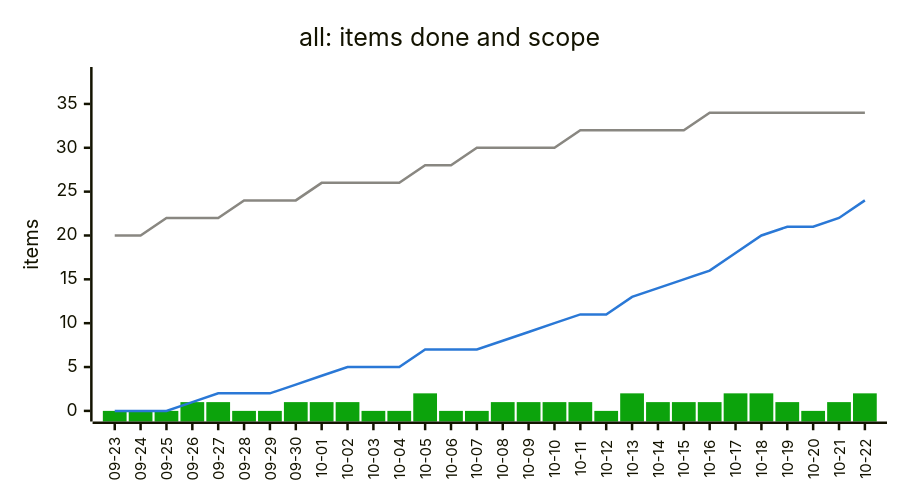
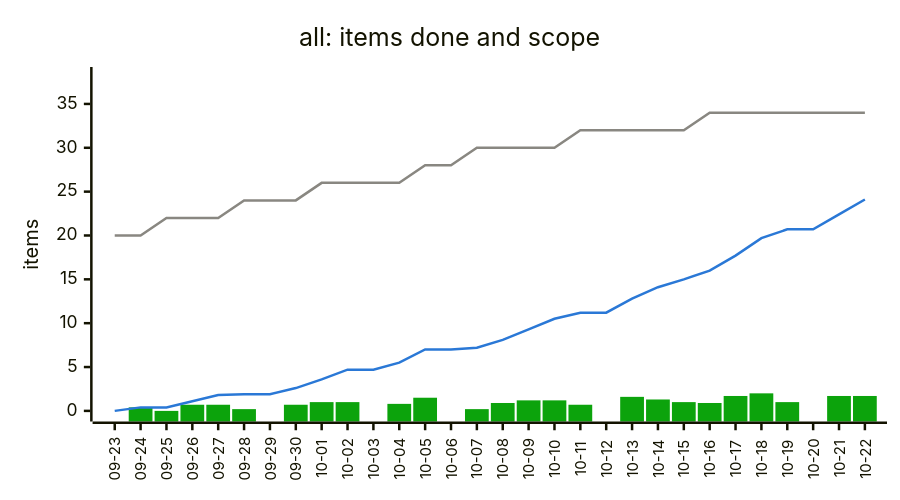
One commit to bvraghav/pmtrack changed the second of 2 diagrams in examples/trend-sample.md. Above: the diagram before and after it, drawn with Mermaid. The commit also changed other lines of this file and 4 other files, not shown here.

````diff
--- a/examples/trend-sample.md
+++ b/examples/trend-sample.md
@@ -60,10 +38,10 @@
 ```mermaid
 %%{init: {"themeVariables": {"xyChart": {"plotColorPalette": "#0ca30c,#898781,#2a78d6"}}, "xyChart": {"height": 380, "xAxis": {"labelRotation": -90, "labelFontSize": 12}}}}%%
 xychart-beta
   title "all: items done and scope"
   x-axis ["09-23", "09-24", "09-25", "09-26", "09-27", "09-28", "09-29", "09-30", "10-01", "10-02", "10-03", "10-04", "10-05", "10-06", "10-07", "10-08", "10-09", "10-10", "10-11", "10-12", "10-13", "10-14", "10-15", "10-16", "10-17", "10-18", "10-19", "10-20", "10-21", "10-22"]
   y-axis "items" 0 --> 38
-  bar [0, 0, 0, 1, 1, 0, 0, 1, 1, 1, 0, 0, 2, 0, 0, 1, 1, 1, 1, 0, 2, 1, 1, 1, 2, 2, 1, 0, 1, 2]
+  bar [-38, 0.4, 0, 0.7, 0.7, 0.2, -38, 0.7, 1, 1, -38, 0.8, 1.5, -38, 0.2, 0.9, 1.2, 1.2, 0.7, -38, 1.6, 1.3, 1, 0.9, 1.7, 2, 1, -38, 1.7, 1.7]
   line [20, 20, 22, 22, 22, 24, 24, 24, 26, 26, 26, 26, 28, 28, 30, 30, 30, 30, 32, 32, 32, 32, 32, 34, 34, 34, 34, 34, 34, 34]
-  line [0, 0, 0, 1, 2, 2, 2, 3, 4, 5, 5, 5, 7, 7, 7, 8, 9, 10, 11, 11, 13, 14, 15, 16, 18, 20, 21, 21, 22, 24]
+  line [0, 0.4, 0.4, 1.1, 1.8, 1.9, 1.9, 2.6, 3.6, 4.7, 4.7, 5.5, 7, 7, 7.2, 8.1, 9.3, 10.5, 11.2, 11.2, 12.8, 14.1, 15, 16, 17.7, 19.7, 20.7, 20.7, 22.4, 24.1]
 ```
````
